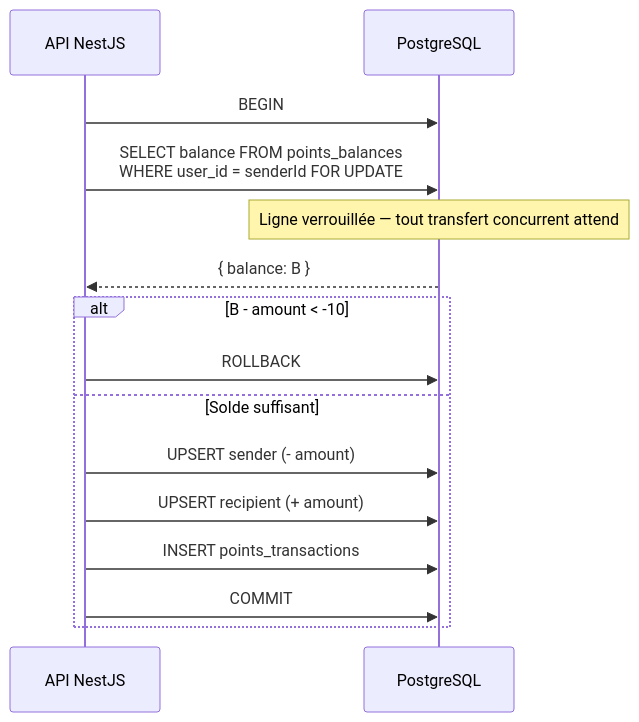
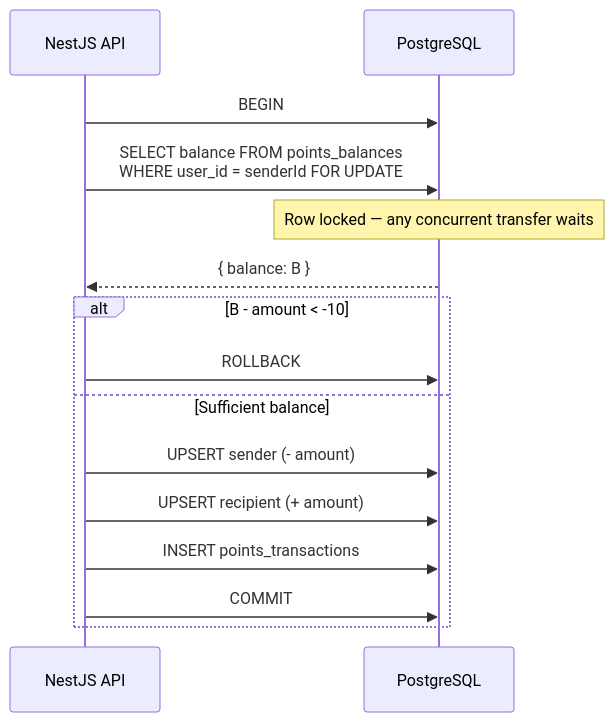
Diagram 16 of 20 in docs/RAPPORT-ETAPE3.md (creibaud/QuartierConnect), drawn with Mermaid before and after one commit. The commit also changed other lines of this file and 155 other files, not shown here.

````diff
--- a/docs/RAPPORT-ETAPE3.md
+++ b/docs/RAPPORT-ETAPE3.md
@@ -593,18 +593,18 @@
 ```mermaid
 sequenceDiagram
-    participant A as API NestJS
+    participant A as NestJS API
     participant PG as PostgreSQL
 
     A->>PG: BEGIN
     A->>PG: SELECT balance FROM points_balances<br/>WHERE user_id = senderId FOR UPDATE
-    Note over PG: Ligne verrouillée — tout transfert concurrent attend
+    Note over PG: Row locked — any concurrent transfer waits
     PG-->>A: { balance: B }
     alt B - amount < -10
         A->>PG: ROLLBACK
-    else Solde suffisant
+    else Sufficient balance
         A->>PG: UPSERT sender (- amount)
         A->>PG: UPSERT recipient (+ amount)
         A->>PG: INSERT points_transactions
         A->>PG: COMMIT
     end
 ```
````
